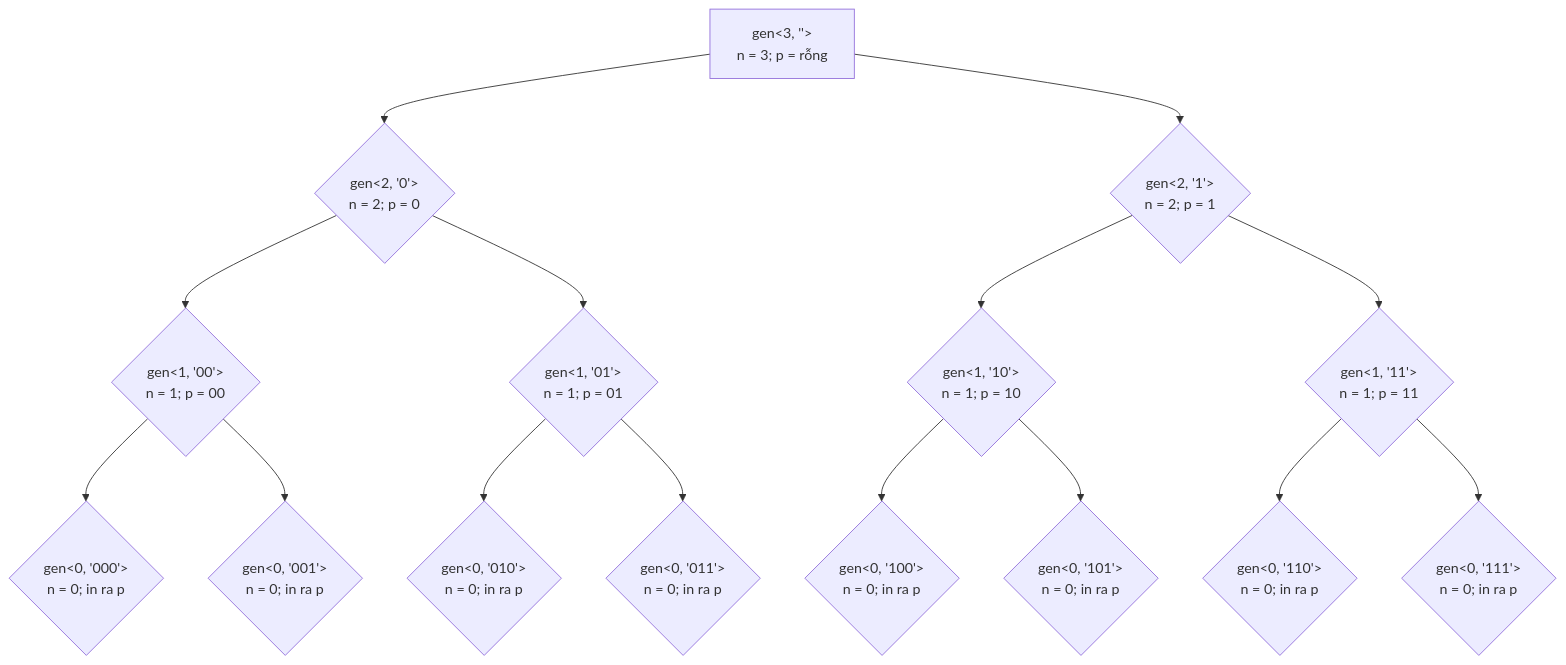
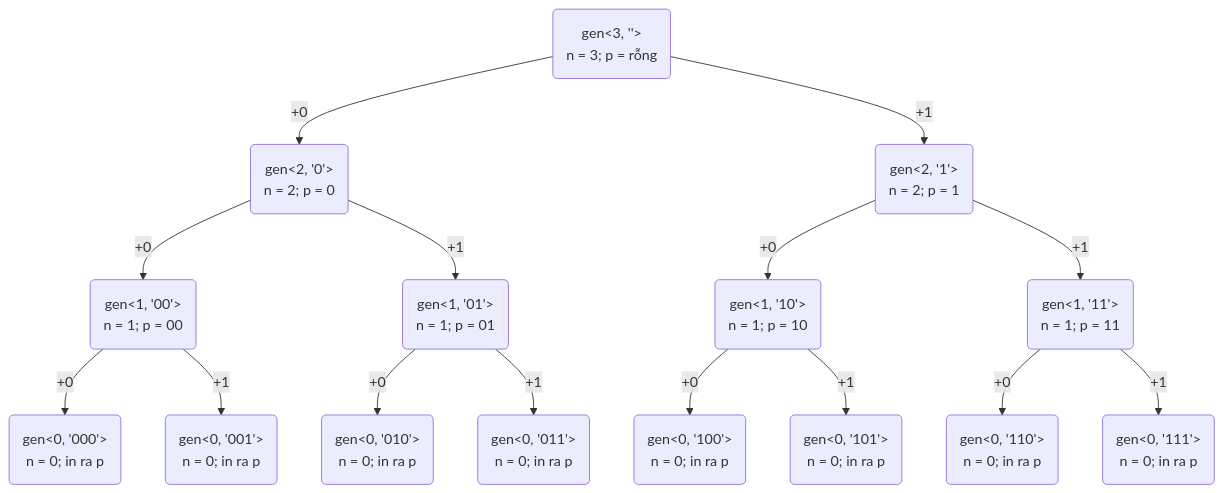
One commit to sonnt0201/docs changed the diagram in part8.md. Above: the diagram before and after it, drawn with Mermaid. The commit also changed other lines of this file and 2 other files, not shown here.

Commit message:
add note to diagram

````diff
--- a/part8.md
+++ b/part8.md
@@ -77,47 +75,49 @@
 ```mermaid
 graph TD
 
-a[gen<3, ''>
-  n = 3; p = rỗng] --> a0{gen<2, '0'>
-  n = 2; p = 0}
+a(gen<3, ''>
+  n = 3; p = rỗng) --+0--> a0(
+    gen<2, '0'>
+    n = 2; p = 0
+   ) 
 
-a --> a1{gen<2, '1'>
-  n = 2; p = 1}
+a -- +1 --> a1(gen<2, '1'>
+  n = 2; p = 1)
 
-a0 --> a00{gen<1, '00'>
-  n = 1; p = 00}
+a0 --+0--> a00(gen<1, '00'>
+  n = 1; p = 00)
 
-a0 --> a01{gen<1, '01'>
-  n = 1; p = 01}
+a0 --+1--> a01(gen<1, '01'>
+  n = 1; p = 01)
 
-a1 --> a10{gen<1, '10'>
-  n = 1; p = 10}
+a1 --+0--> a10(gen<1, '10'>
+  n = 1; p = 10)
 
-a1 --> a11{gen<1, '11'>
-  n = 1; p = 11}
+a1 --+1--> a11(gen<1, '11'>
+  n = 1; p = 11)
 
-a00 --> a000{gen<0, '000'>
-  n = 0; in ra p}
+a00 --+0--> a000(gen<0, '000'>
+  n = 0; in ra p)
 
-a00 --> a001{gen<0, '001'>
-  n = 0; in ra p}
+a00 --+1--> a001(gen<0, '001'>
+  n = 0; in ra p)
 
-a01 --> a010{gen<0, '010'>
-  n = 0; in ra p}
+a01 --+0--> a010(gen<0, '010'>
+  n = 0; in ra p)
 
-a01 --> a011{gen<0, '011'>
-  n = 0; in ra p}
+a01 --+1--> a011(gen<0, '011'>
+  n = 0; in ra p)
 
-a10 --> a100{gen<0, '100'>
-  n = 0; in ra p}
+a10 --+0--> a100(gen<0, '100'>
+  n = 0; in ra p)
 
-a10 --> a101{gen<0, '101'>
-  n = 0; in ra p}
+a10 --+1--> a101(gen<0, '101'>
+  n = 0; in ra p)
 
-a11 --> a110{gen<0, '110'>
-  n = 0; in ra p}
+a11 --+0--> a110(gen<0, '110'>
+  n = 0; in ra p)
 
-a11 --> a111{gen<0, '111'>
-  n = 0; in ra p}
+a11 --+1--> a111(gen<0, '111'>
+  n = 0; in ra p)
 
 ```
````
